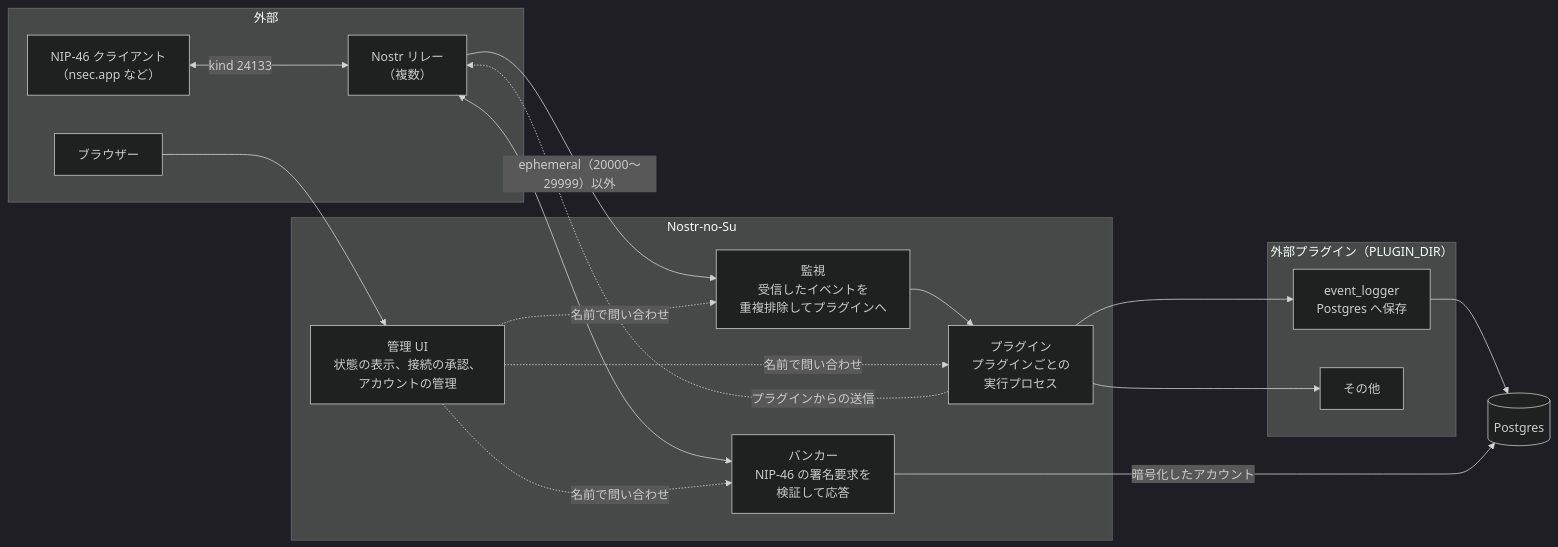
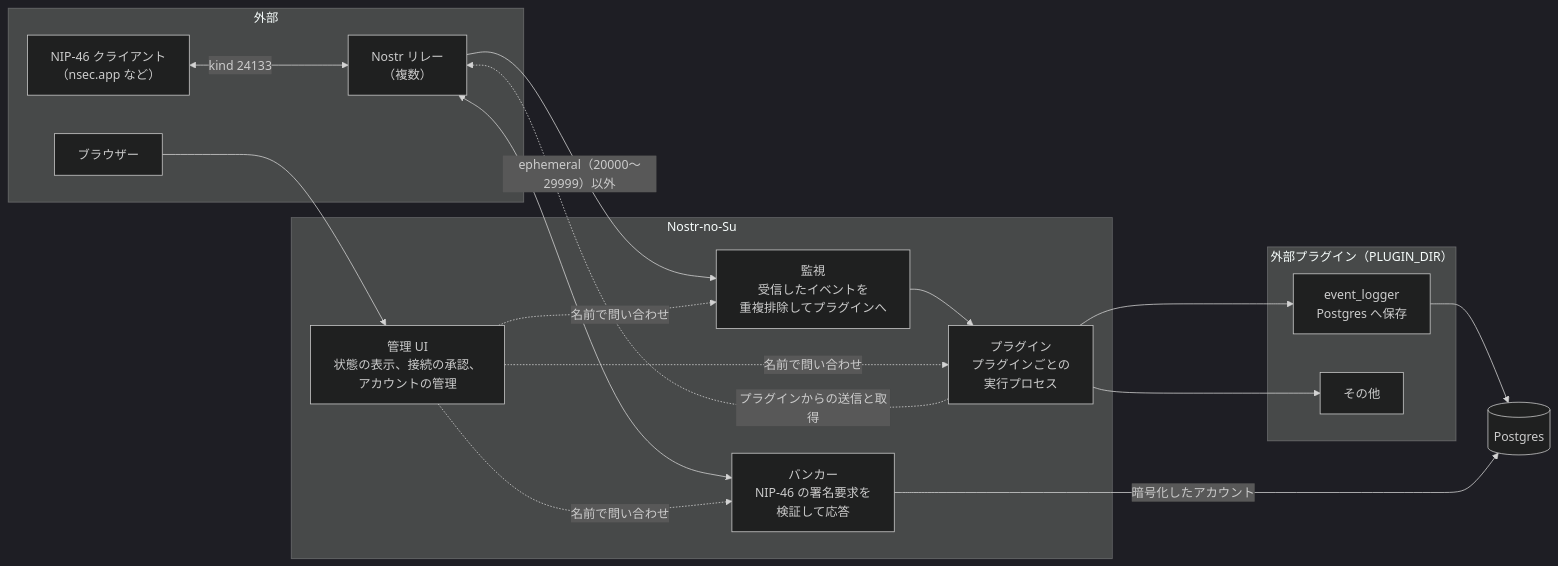
The first of 9 diagrams in docs/architecture.md (neverclear86/nostr-no-su), drawn with Mermaid (dark theme) before and after one commit. The commit also changed other lines of this file and 8 other files, not shown here.

````diff
--- a/docs/architecture.md
+++ b/docs/architecture.md
@@ -15,34 +15,34 @@
 ```mermaid
 flowchart LR
     subgraph external["外部"]
         relays["Nostr リレー<br/>（複数）"]
         client["NIP-46 クライアント<br/>（nsec.app など）"]
         browser["ブラウザー"]
     end
 
     subgraph host["Nostr-no-Su"]
         monitor["監視<br/>受信したイベントを<br/>重複排除してプラグインへ"]
         bunker["バンカー<br/>NIP-46 の署名要求を<br/>検証して応答"]
         plugins["プラグイン<br/>プラグインごとの<br/>実行プロセス"]
         admin["管理 UI<br/>状態の表示、接続の承認、<br/>アカウントの管理"]
     end
 
     subgraph ext_plugins["外部プラグイン（PLUGIN_DIR）"]
         event_logger["event_logger<br/>Postgres へ保存"]
         others["その他"]
     end
 
     relays -->|"ephemeral（20000〜29999）以外"| monitor
     monitor --> plugins
     plugins --> event_logger
     plugins --> others
-    plugins -.->|"プラグインからの送信"| relays
+    plugins -.->|"プラグインからの送信と取得"| relays
     client <-->|"kind 24133"| relays
     relays <--> bunker
     browser --> admin
     admin -.->|"名前で問い合わせ"| monitor
     admin -.->|"名前で問い合わせ"| bunker
     admin -.->|"名前で問い合わせ"| plugins
     event_logger --> postgres[("Postgres")]
     bunker -->|"暗号化したアカウント"| postgres
 ```
````
